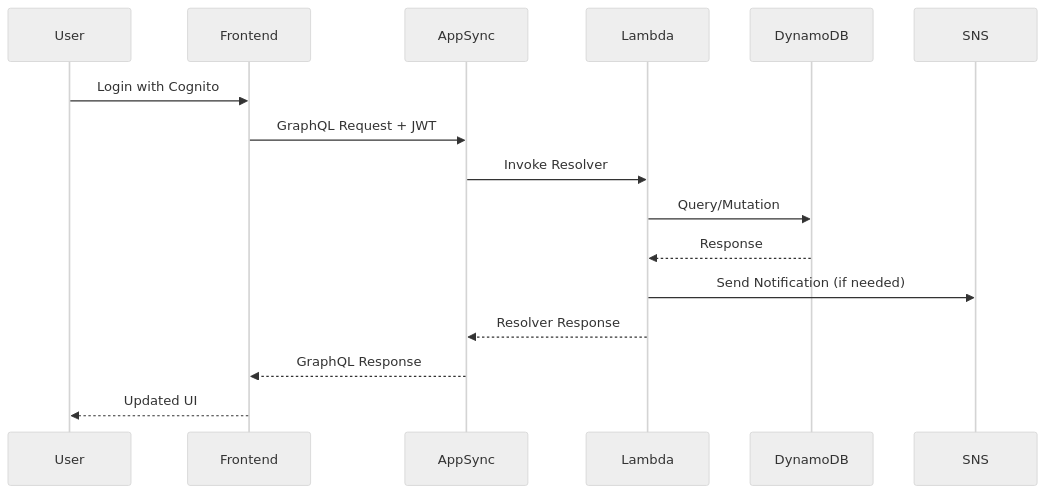
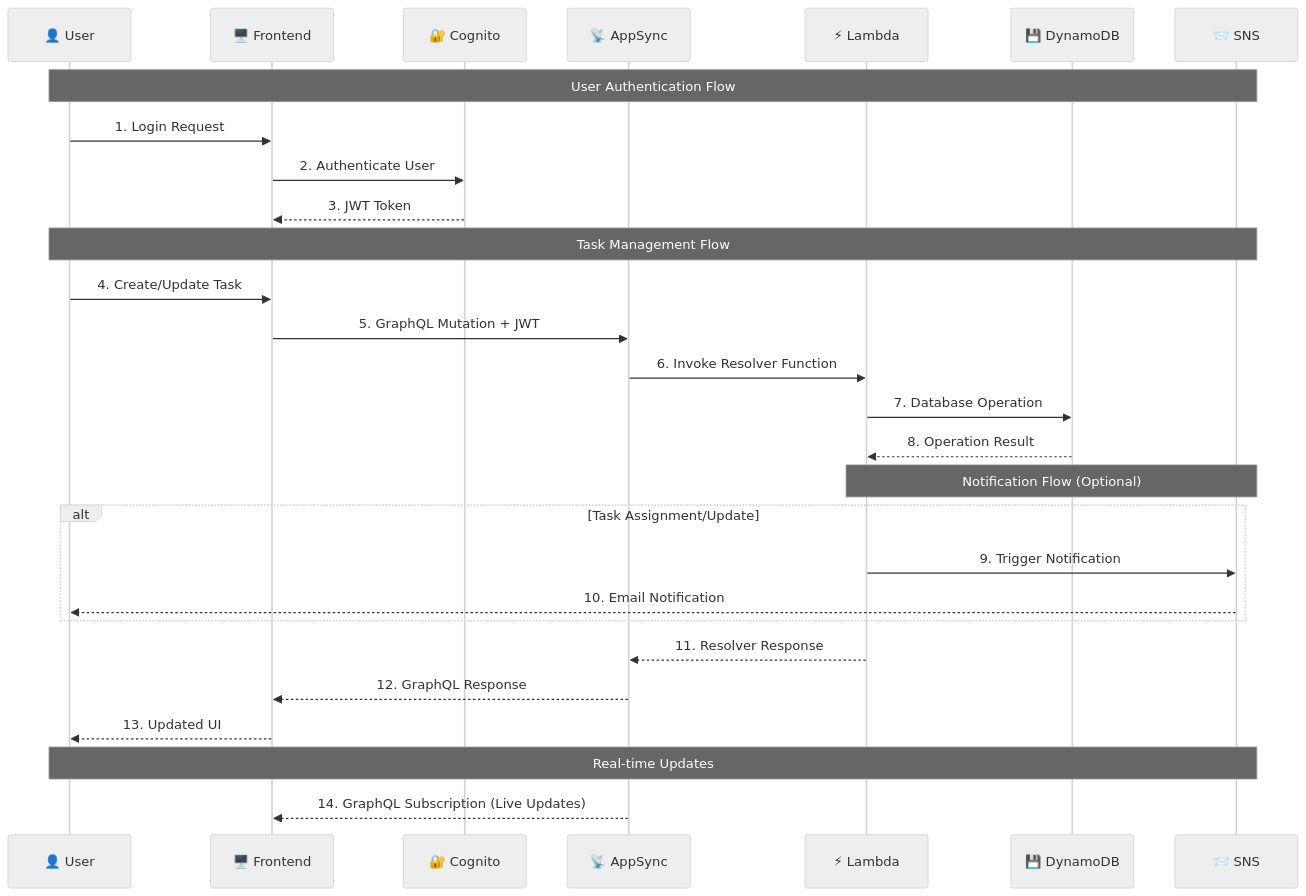
One commit to mangucletus/aws-serverless-task-management-system changed the second of 6 diagrams in README.md. Above: the diagram before and after it, drawn with Mermaid (neutral theme). The commit also changed other lines of this file and 21 other files, not shown here.

````diff
--- a/README.md
+++ b/README.md
@@ -115,19 +121,35 @@
 ```mermaid
 sequenceDiagram
-    participant User
-    participant Frontend
-    participant AppSync
-    participant Lambda
-    participant DynamoDB
-    participant SNS
+    participant 👤 User
+    participant 🖥️ Frontend
+    participant 🔐 Cognito
+    participant 📡 AppSync
+    participant ⚡ Lambda
+    participant 💾 DynamoDB
+    participant 📨 SNS
     
-    User->>Frontend: Login with Cognito
-    Frontend->>AppSync: GraphQL Request + JWT
-    AppSync->>Lambda: Invoke Resolver
-    Lambda->>DynamoDB: Query/Mutation
-    DynamoDB-->>Lambda: Response
-    Lambda->>SNS: Send Notification (if needed)
-    Lambda-->>AppSync: Resolver Response
-    AppSync-->>Frontend: GraphQL Response
-    Frontend-->>User: Updated UI
+    Note over 👤 User,📨 SNS: User Authentication Flow
+    👤 User->>🖥️ Frontend: 1. Login Request
+    🖥️ Frontend->>🔐 Cognito: 2. Authenticate User
+    🔐 Cognito-->>🖥️ Frontend: 3. JWT Token
+    
+    Note over 👤 User,📨 SNS: Task Management Flow
+    👤 User->>🖥️ Frontend: 4. Create/Update Task
+    🖥️ Frontend->>📡 AppSync: 5. GraphQL Mutation + JWT
+    📡 AppSync->>⚡ Lambda: 6. Invoke Resolver Function
+    ⚡ Lambda->>💾 DynamoDB: 7. Database Operation
+    💾 DynamoDB-->>⚡ Lambda: 8. Operation Result
+    
+    Note over ⚡ Lambda,📨 SNS: Notification Flow (Optional)
+    alt Task Assignment/Update
+        ⚡ Lambda->>📨 SNS: 9. Trigger Notification
+        📨 SNS-->>👤 User: 10. Email Notification
+    end
+    
+    ⚡ Lambda-->>📡 AppSync: 11. Resolver Response
+    📡 AppSync-->>🖥️ Frontend: 12. GraphQL Response
+    🖥️ Frontend-->>👤 User: 13. Updated UI
+    
+    Note over 👤 User,📨 SNS: Real-time Updates
+    📡 AppSync-->>🖥️ Frontend: 14. GraphQL Subscription (Live Updates)
 ```
````
